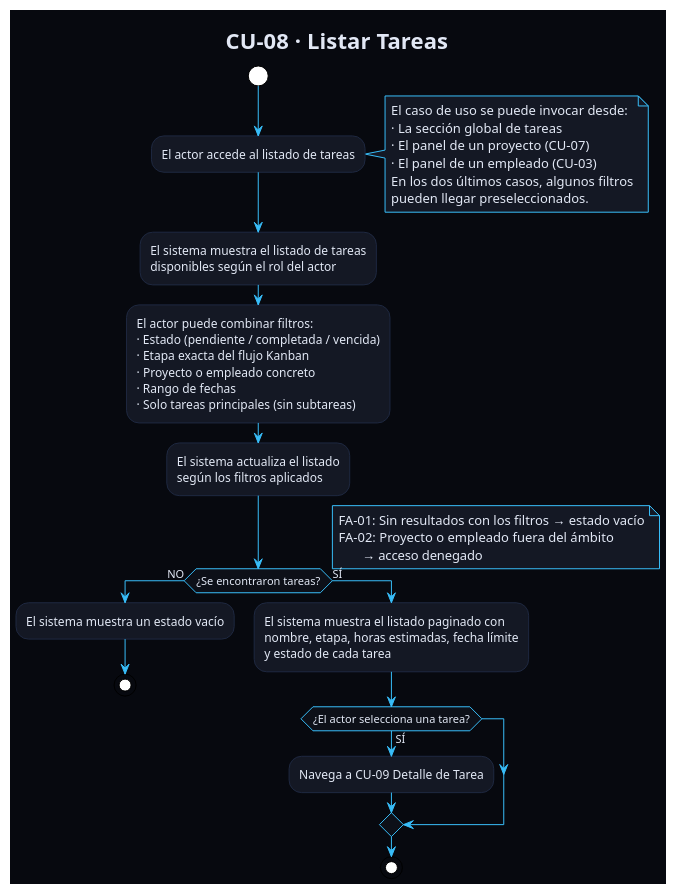
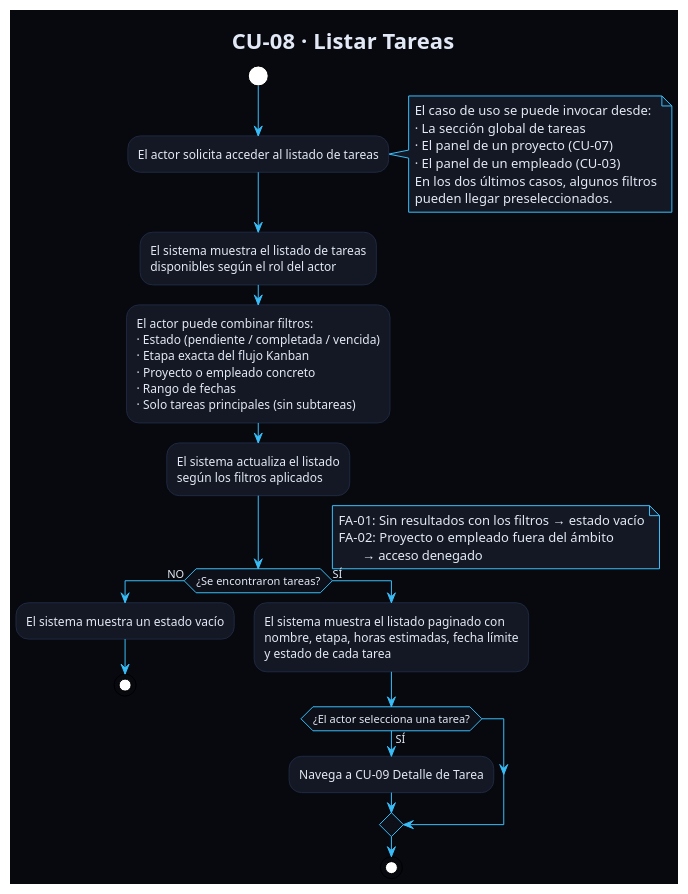
One commit to Jorgeog25/GII-TFG-2026 changed the diagram in Estudiantes/cesar-garcia-eguiguren/Capítulo-2/diagramas/CdU/flujoCU08.puml. Above: the diagram before and after it, drawn with PlantUML. The commit also changed 13 other files, not shown here.

Commit message:
actualización de diagramas

```diff
--- a/Estudiantes/cesar-garcia-eguiguren/Capítulo-2/diagramas/CdU/flujoCU08.puml
+++ b/Estudiantes/cesar-garcia-eguiguren/Capítulo-2/diagramas/CdU/flujoCU08.puml
@@ -1,59 +1,59 @@
 @startuml CU08_ListarTareas
 !theme plain
 skinparam backgroundColor #07090F
 skinparam defaultFontColor #E2E8F5
 skinparam ArrowColor #38BDF8
 skinparam ActivityBorderColor #1E2840
 skinparam ActivityBackgroundColor #141824
 skinparam ActivityDiamondBackgroundColor #0D1018
 skinparam ActivityDiamondBorderColor #38BDF8
 skinparam NoteBackgroundColor #141824
 skinparam NoteBorderColor #38BDF8
 title CU-08 · Listar Tareas
 
 start
-:El actor accede al listado de tareas;
+:El actor solicita acceder al listado de tareas;
 
 note right
   El caso de uso se puede invocar desde:
   · La sección global de tareas
   · El panel de un proyecto (CU-07)
   · El panel de un empleado (CU-03)
   En los dos últimos casos, algunos filtros
   pueden llegar preseleccionados.
 end note
 
 :El sistema muestra el listado de tareas
 disponibles según el rol del actor;
 
 :El actor puede combinar filtros:
 · Estado (pendiente / completada / vencida)
 · Etapa exacta del flujo Kanban
 · Proyecto o empleado concreto
 · Rango de fechas
 · Solo tareas principales (sin subtareas);
 
 :El sistema actualiza el listado
 según los filtros aplicados;
 
 if (¿Se encontraron tareas?) then (NO)
   :El sistema muestra un estado vacío;
   stop
 else (SÍ)
   :El sistema muestra el listado paginado con
   nombre, etapa, horas estimadas, fecha límite
   y estado de cada tarea;
 
   if (¿El actor selecciona una tarea?) then (SÍ)
     :Navega a CU-09 Detalle de Tarea;
   endif
   stop
 endif
 
 note right
   FA-01: Sin resultados con los filtros → estado vacío
   FA-02: Proyecto o empleado fuera del ámbito
          → acceso denegado
 end note
 
 @enduml
```
